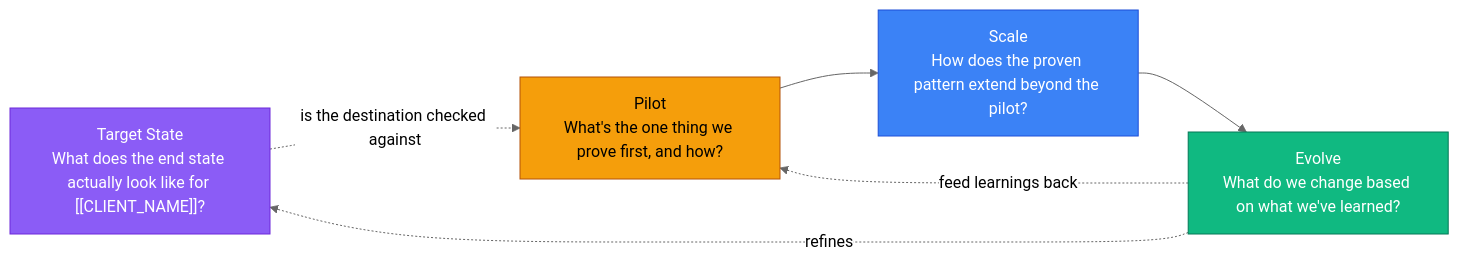
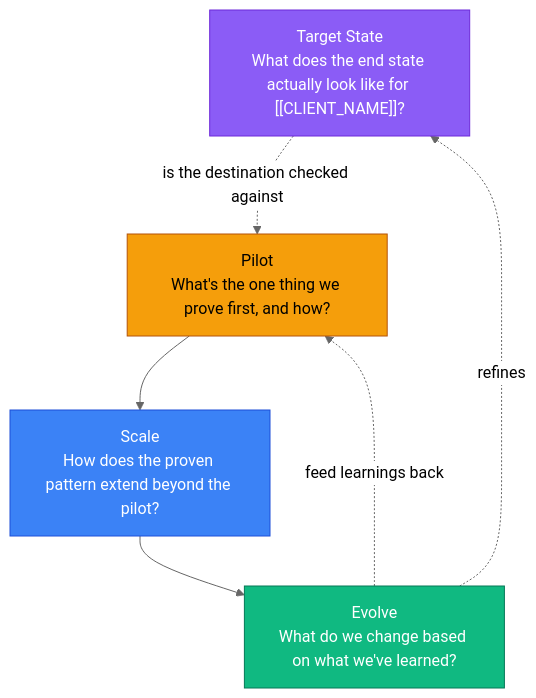
One commit to DataArt/adlc-discovery-tool changed the diagram in docs/AI SDLC/04 Solution Space/01 Overview.md. Above: the diagram before and after it, drawn with Mermaid (neutral theme). The commit also changed 22 other files, not shown here.

````diff
--- a/docs/AI SDLC/04 Solution Space/01 Overview.md
+++ b/docs/AI SDLC/04 Solution Space/01 Overview.md
@@ -16,22 +16,22 @@
 ```mermaid
-flowchart LR
+flowchart TB
     T["Target State\nWhat does the end state actually look like for [[CLIENT_NAME]]?"]
     F["Pilot\nWhat's the one thing we prove first, and how?"]
     SC["Scale\nHow does the proven pattern extend beyond the pilot?"]
     SU["Evolve\nWhat do we change based on what we've learned?"]
 
     T -.->|"is the destination checked against"| F
     F --> SC --> SU
     SU -.->|"feed learnings back"| F
     SU -.->|"refines"| T
 
     classDef target fill:#8B5CF6,stroke:#6D28D9,color:#fff
     classDef foundation fill:#F59E0B,stroke:#B45309,color:#000
     classDef scale fill:#3B82F6,stroke:#1D4ED8,color:#fff
     classDef sustain fill:#10B981,stroke:#047857,color:#fff
 
     class T target
     class F foundation
     class SC scale
     class SU sustain
 ```
````
